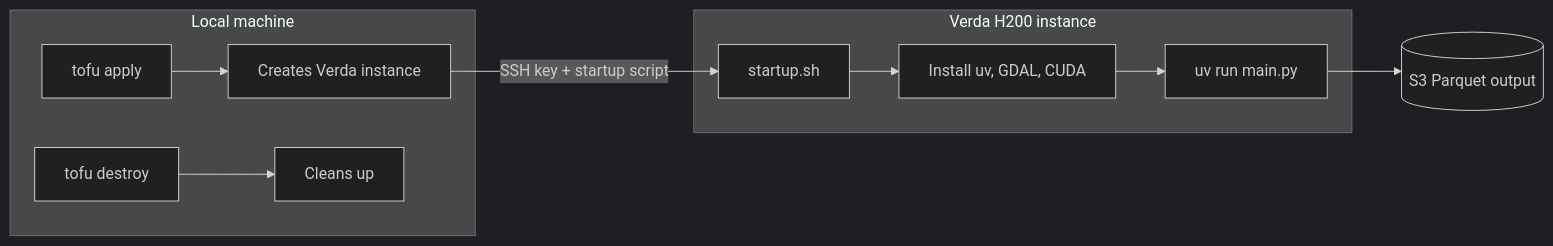
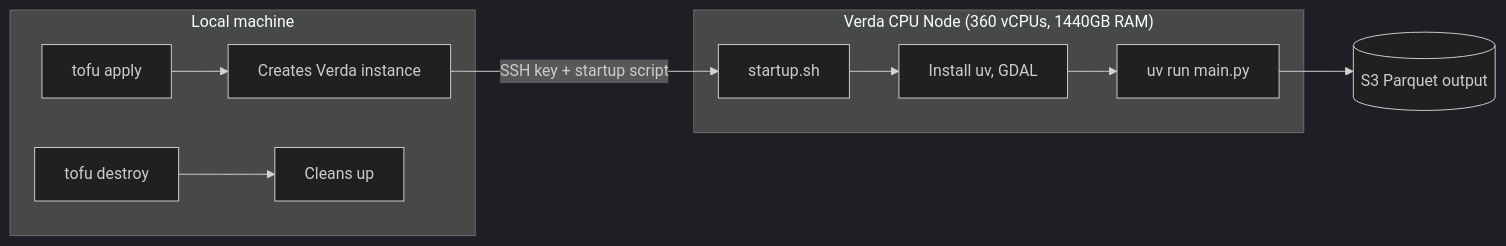
The first of 4 diagrams in docs/workflow.md (walkthru-earth/dem-terrain), drawn with Mermaid (dark theme) before and after one commit. The commit also changed other lines of this file and 1 other file, not shown here.

First line of the commit message:
Update docs to reflect CPU Node instead of GPU instance

````diff
--- a/docs/workflow.md
+++ b/docs/workflow.md
@@ -5,15 +5,15 @@
 ```mermaid
 graph LR
     subgraph Local["Local machine"]
         A[tofu apply] --> B[Creates Verda instance]
         F[tofu destroy] --> G[Cleans up]
     end
 
-    subgraph Cloud["Verda H200 instance"]
-        C[startup.sh] --> D[Install uv, GDAL, CUDA]
+    subgraph Cloud["Verda CPU Node (360 vCPUs, 1440GB RAM)"]
+        C[startup.sh] --> D[Install uv, GDAL]
         D --> E[uv run main.py]
     end
 
     B -->|SSH key + startup script| C
     E --> H[(S3 Parquet output)]
 ```
````
